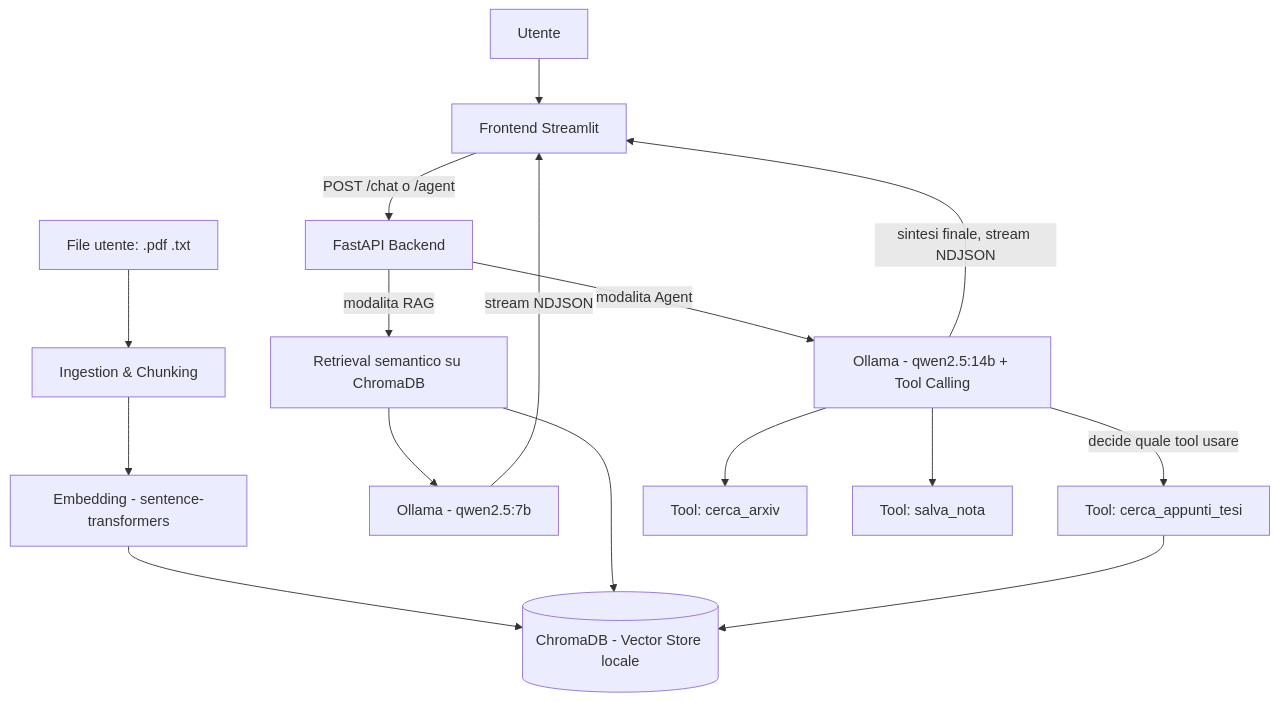
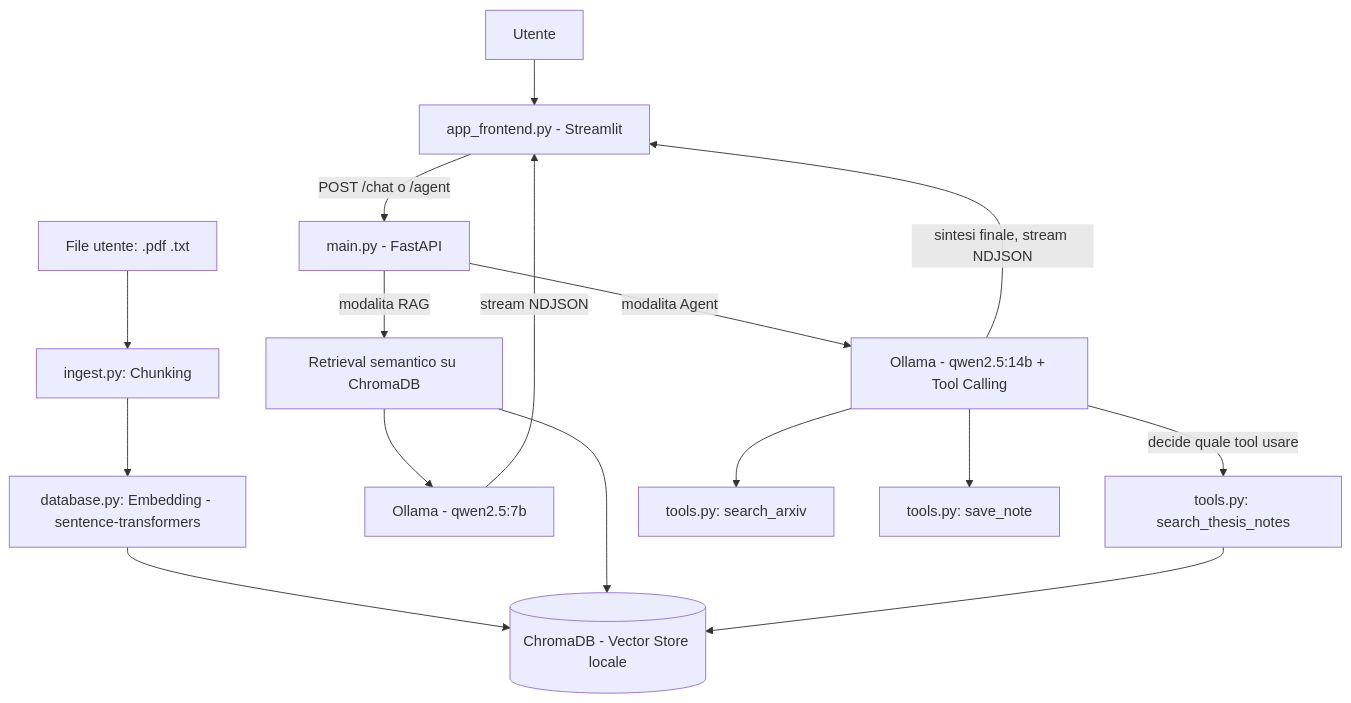
Before and after one commit to francescomalesci/local-coderag-api: the diagram in README.md, drawn with Mermaid. The commit also changed other lines of this file and 4 other files, not shown here.

````diff
--- a/README.md
+++ b/README.md
@@ -17,21 +17,21 @@
 ```mermaid
 flowchart TD
-    A[File utente: .pdf .txt] --> B[Ingestion & Chunking]
-    B --> C[Embedding - sentence-transformers]
+    A[File utente: .pdf .txt] --> B[ingest.py: Chunking]
+    B --> C[database.py: Embedding - sentence-transformers]
     C --> D[(ChromaDB - Vector Store locale)]
 
-    U[Utente] --> F[Frontend Streamlit]
-    F -->|POST /chat o /agent| API[FastAPI Backend]
+    U[Utente] --> F[app_frontend.py - Streamlit]
+    F -->|POST /chat o /agent| API[main.py - FastAPI]
 
     API -->|modalita RAG| R[Retrieval semantico su ChromaDB]
     R --> D
     R --> G7[Ollama - qwen2.5:7b]
     G7 -->|stream NDJSON| F
 
     API -->|modalita Agent| AG[Ollama - qwen2.5:14b + Tool Calling]
-    AG -->|decide quale tool usare| T1[Tool: cerca_appunti_tesi]
-    AG --> T2[Tool: cerca_arxiv]
-    AG --> T3[Tool: salva_nota]
+    AG -->|decide quale tool usare| T1[tools.py: search_thesis_notes]
+    AG --> T2[tools.py: search_arxiv]
+    AG --> T3[tools.py: save_note]
     T1 --> D
     AG -->|sintesi finale, stream NDJSON| F
 ```
````
